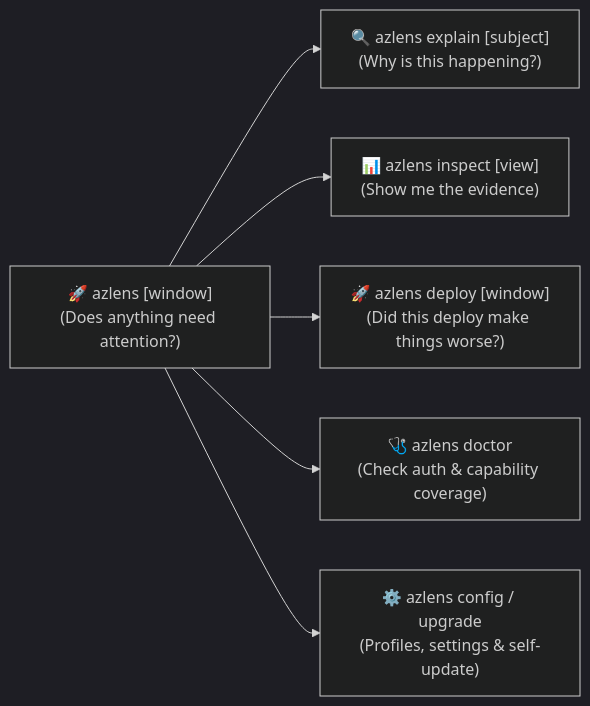
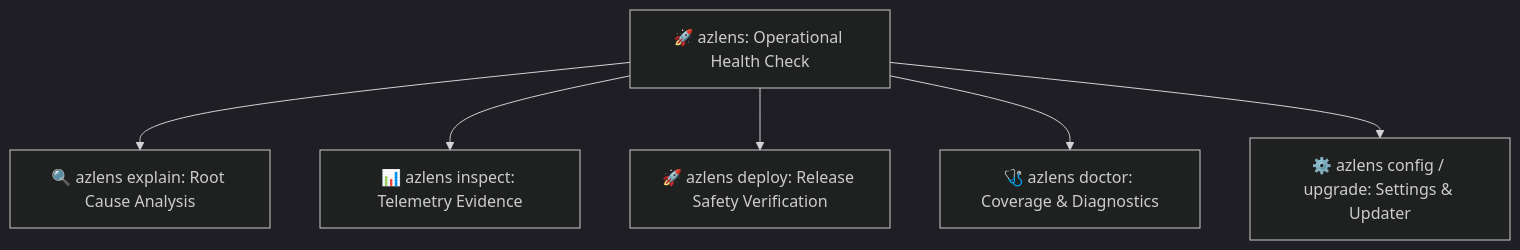
The diagram in README.md (denjamio/azlens), drawn with Mermaid (dark theme) before and after one commit. The commit also changed other lines of this file and 46 other files, not shown here.

Commit message:
feat: release v1.1.0 - Singular service architecture, dead code removal, and dual-layer tenancy enforcement

````diff
--- a/README.md
+++ b/README.md
@@ -35,8 +35,8 @@
 ```mermaid
-flowchart LR
-    A["🚀 azlens [window]<br/>(Does anything need attention?)"] --> B["🔍 azlens explain [subject]<br/>(Why is this happening?)"]
-    A --> C["📊 azlens inspect [view]<br/>(Show me the evidence)"]
-    A --> D["🚀 azlens deploy [window]<br/>(Did this deploy make things worse?)"]
-    A --> E["🩺 azlens doctor<br/>(Check auth & capability coverage)"]
-    A --> F["⚙️ azlens config / upgrade<br/>(Profiles, settings & self-update)"]
+graph TD
+    A["🚀 azlens: Operational Health Check"] --> B["🔍 azlens explain: Root Cause Analysis"]
+    A --> C["📊 azlens inspect: Telemetry Evidence"]
+    A --> D["🚀 azlens deploy: Release Safety Verification"]
+    A --> E["🩺 azlens doctor: Coverage & Diagnostics"]
+    A --> F["⚙️ azlens config / upgrade: Settings & Updater"]
 ```
````
